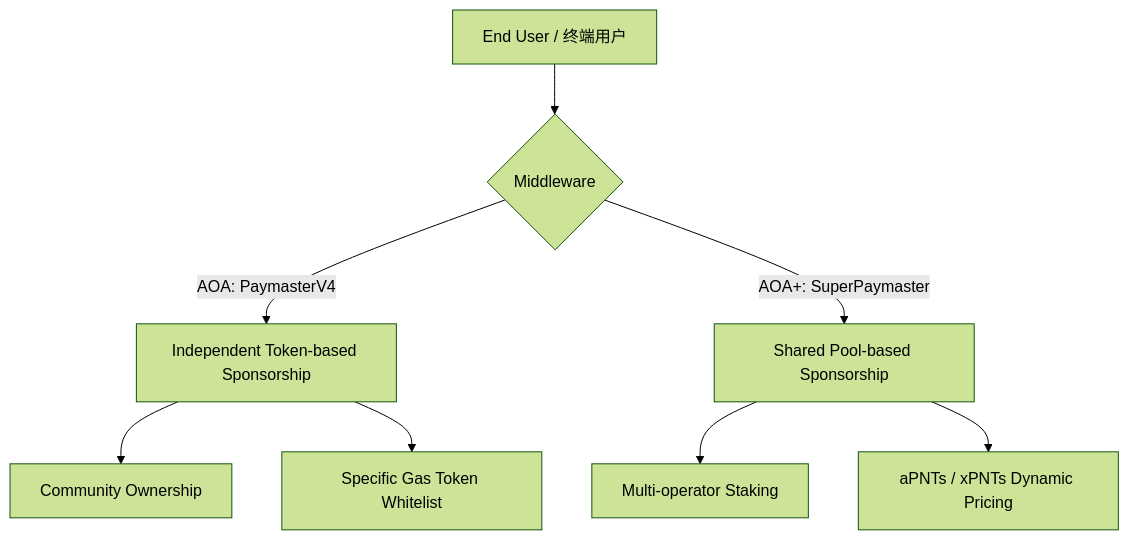
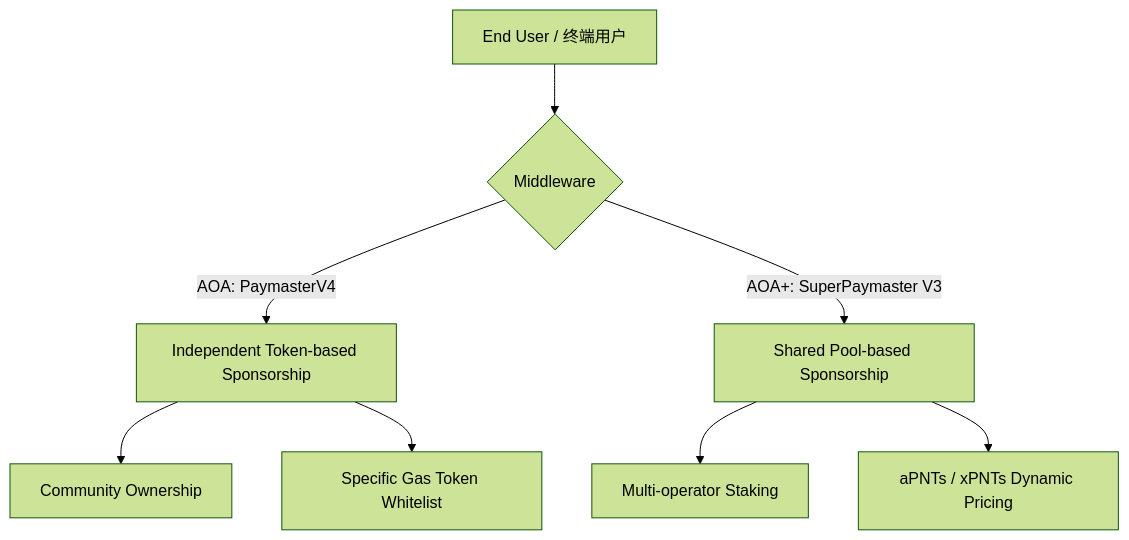
One commit to AAStarCommunity/docs changed the diagram in guide/getting-started.md. Above: the diagram before and after it, drawn with Mermaid (forest theme). The commit also changed 1015 other files, not shown here.

````diff
--- a/guide/getting-started.md
+++ b/guide/getting-started.md
@@ -57,12 +57,12 @@
 ```mermaid
 graph TD
     A[End User / 终端用户] --> B{Middleware}
     B -->|AOA: PaymasterV4| D[Independent Token-based Sponsorship]
-    B -->|AOA+: SuperPaymaster| C[Shared Pool-based Sponsorship]
+    B -->|AOA+: SuperPaymaster V3| C[Shared Pool-based Sponsorship]
     
     C --> C1[Multi-operator Staking]
     C --> C2[aPNTs / xPNTs Dynamic Pricing]
     
     D --> D1[Community Ownership]
     D --> D2[Specific Gas Token Whitelist]
 ```
````
